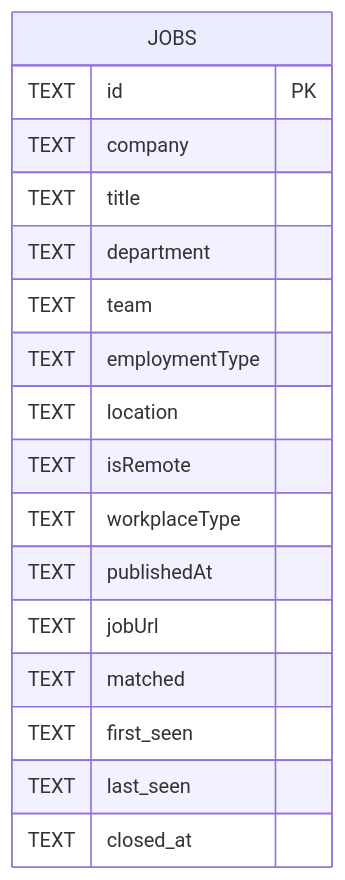
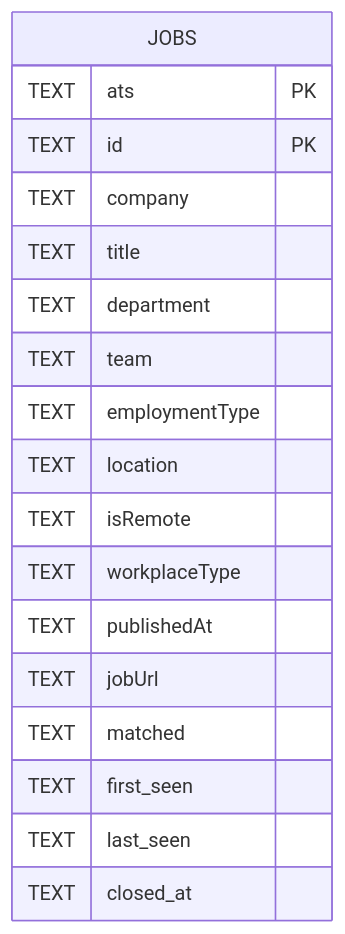
The first of 2 diagrams in openwiki/architecture/data-model.md (dlibis/job-boards), drawn with Mermaid before and after one commit. The commit also changed other lines of this file and 22 other files, not shown here.

````diff
--- a/openwiki/architecture/data-model.md
+++ b/openwiki/architecture/data-model.md
@@ -42,20 +45,21 @@
 ```mermaid
 erDiagram
     JOBS {
+        TEXT ats PK
         TEXT id PK
         TEXT company
         TEXT title
         TEXT department
         TEXT team
         TEXT employmentType
         TEXT location
         TEXT isRemote
         TEXT workplaceType
         TEXT publishedAt
         TEXT jobUrl
         TEXT matched
         TEXT first_seen
         TEXT last_seen
         TEXT closed_at
     }
 ```
````
